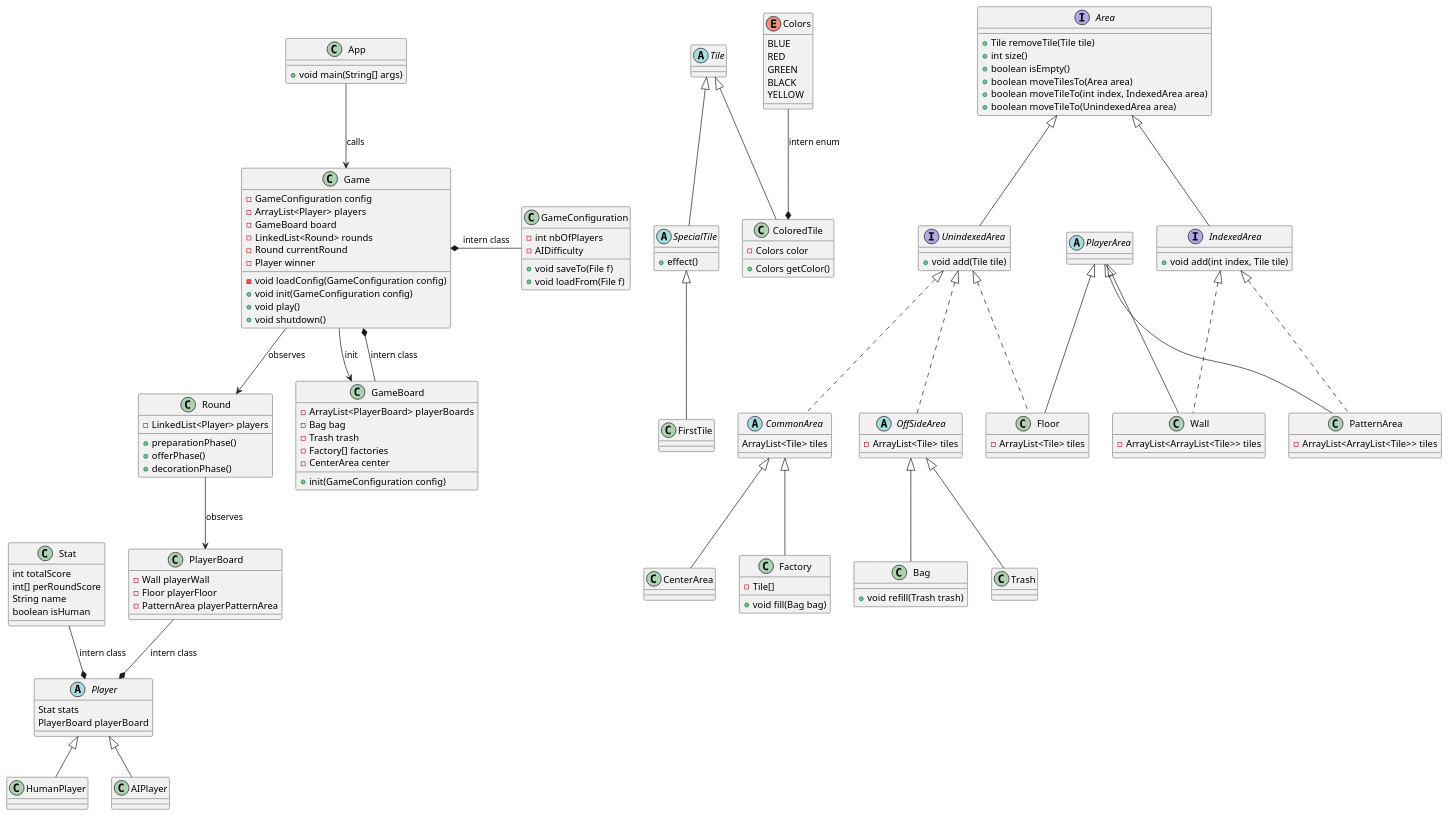
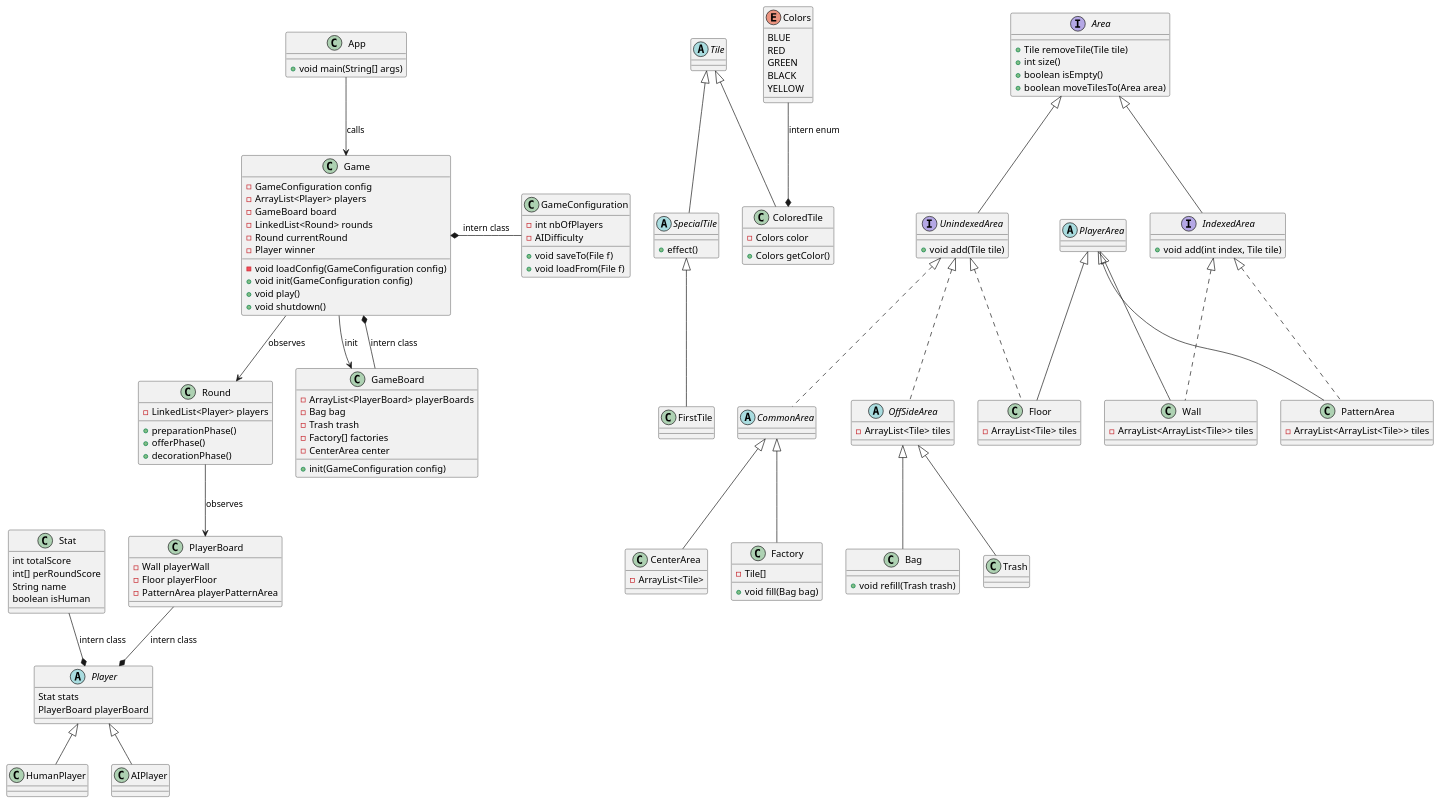
The diagram in proj.puml (nsouff/Azul), drawn with PlantUML before and after one commit. The commit also changed 1 other file, not shown here.

Commit message:
Fixes on CommonArea and Area

```diff
--- a/proj.puml
+++ b/proj.puml
@@ -1,169 +1,168 @@
 @startuml
 
 Abstract class Tile {
 }
 
 
 Tile <|-- SpecialTile
 abstract class SpecialTile {
 	+effect()
 }
 
 Tile <|-- ColoredTile
 class ColoredTile {
 	-Colors color
 	+Colors getColor()
 }
 
 SpecialTile <|-- FirstTile
 class FirstTile
 
 Colors --* ColoredTile : "intern enum"
 enum Colors {
 	BLUE
 	RED
 	GREEN
 	BLACK
 	YELLOW
 }
 
 
 interface Area {
 	+Tile removeTile(Tile tile)
 	+int size()
 	+boolean isEmpty()
 	+boolean moveTilesTo(Area area)
-	+boolean moveTileTo(int index, IndexedArea area)
-	+boolean moveTileTo(UnindexedArea area)
 }
 Area <|-- UnindexedArea
 interface UnindexedArea {
 	+void add(Tile tile)
 }
 
 Area <|-- IndexedArea
 interface IndexedArea {
 	+void add(int index, Tile tile)
 }
 
 UnindexedArea <|.. OffSideArea
 abstract class OffSideArea {
 	-ArrayList<Tile> tiles
 }
 
 OffSideArea <|-- Bag
 class Bag {
 	+void refill(Trash trash)
 }
 
 OffSideArea <|-- Trash
 class Trash {
 
 }
 UnindexedArea <|.. CommonArea
-abstract class CommonArea {
-	ArrayList<Tile> tiles
+abstract class CommonArea
+CommonArea <|-- CenterArea
+class CenterArea {
+	-ArrayList<Tile>
 }
-CommonArea <|-- CenterArea
 CommonArea <|-- Factory
 class Factory {
 	-Tile[]
 	+void fill(Bag bag)
 }
 
 abstract class PlayerArea
 
 IndexedArea <|.. Wall
 PlayerArea <|-- Wall
 class Wall {
 	-ArrayList<ArrayList<Tile>> tiles
 }
 
 UnindexedArea <|.. Floor
 PlayerArea <|-- Floor
 class Floor {
 	-ArrayList<Tile> tiles
 }
 
 IndexedArea <|.. PatternArea
 PlayerArea <|-- PatternArea
 class PatternArea{
 	-ArrayList<ArrayList<Tile>> tiles
 }
 
 abstract class Player {
 	Stat stats
 	PlayerBoard playerBoard
 }
 
 Stat  --* Player : "intern class"
 class Stat {
 	int totalScore
 	int[] perRoundScore
 	String name
 	boolean isHuman
 }
 
 Player <|-- HumanPlayer
 Player <|-- AIPlayer
 
 
 class PlayerBoard
 PlayerBoard --* Player : "intern class"
 
 
 GameConfiguration -left-* Game : "intern class"
 class GameConfiguration {
 	-int nbOfPlayers
 	-AIDifficulty
 	+void saveTo(File f)
 	+void loadFrom(File f)
 }
 
 Game --> Round : "observes"
 class Game {
 	-GameConfiguration config
 	-ArrayList<Player> players
 	-GameBoard board
 	-LinkedList<Round> rounds
 	-Round currentRound
 	-Player winner
 	-void loadConfig(GameConfiguration config)
 	+void init(GameConfiguration config)
 	+void play()
 	+void shutdown()
 }
 
 Game --> GameBoard : "init"
 GameBoard --* Game : "intern class"
 class GameBoard {
 	-ArrayList<PlayerBoard> playerBoards
 	-Bag bag
 	-Trash trash
 	-Factory[] factories
 	-CenterArea center
 	+init(GameConfiguration config)
 }
 
 Round --> PlayerBoard : "observes"
 class PlayerBoard {
 	-Wall playerWall
 	-Floor playerFloor
 	-PatternArea playerPatternArea
 }
 
 class Round {
 	-LinkedList<Player> players
 	+preparationPhase()
 	+offerPhase()
 	+decorationPhase()
 }
 
 
 App --> Game : "calls"
 class App {
 	+void main(String[] args)
 }
 
 
 @enduml
```
